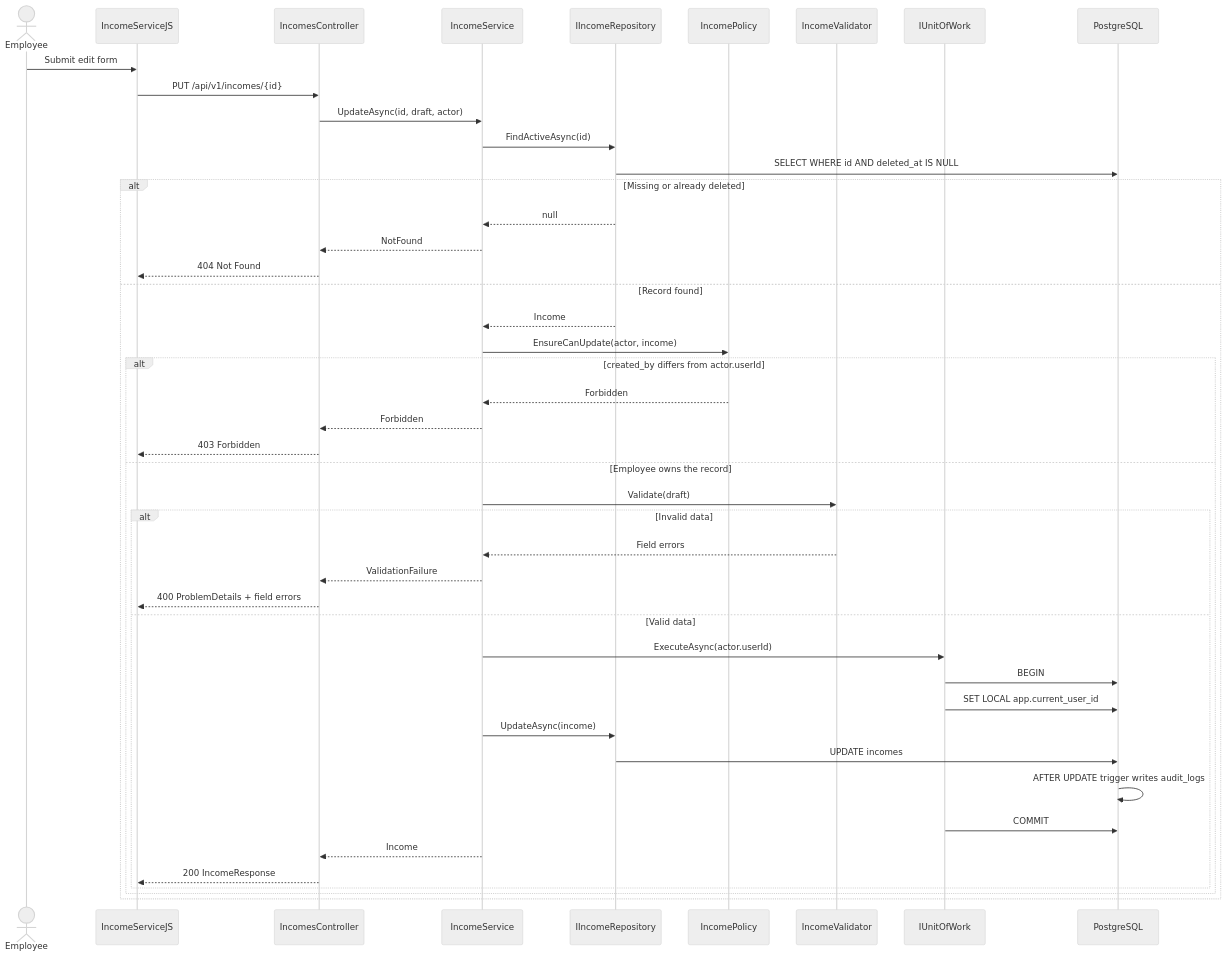
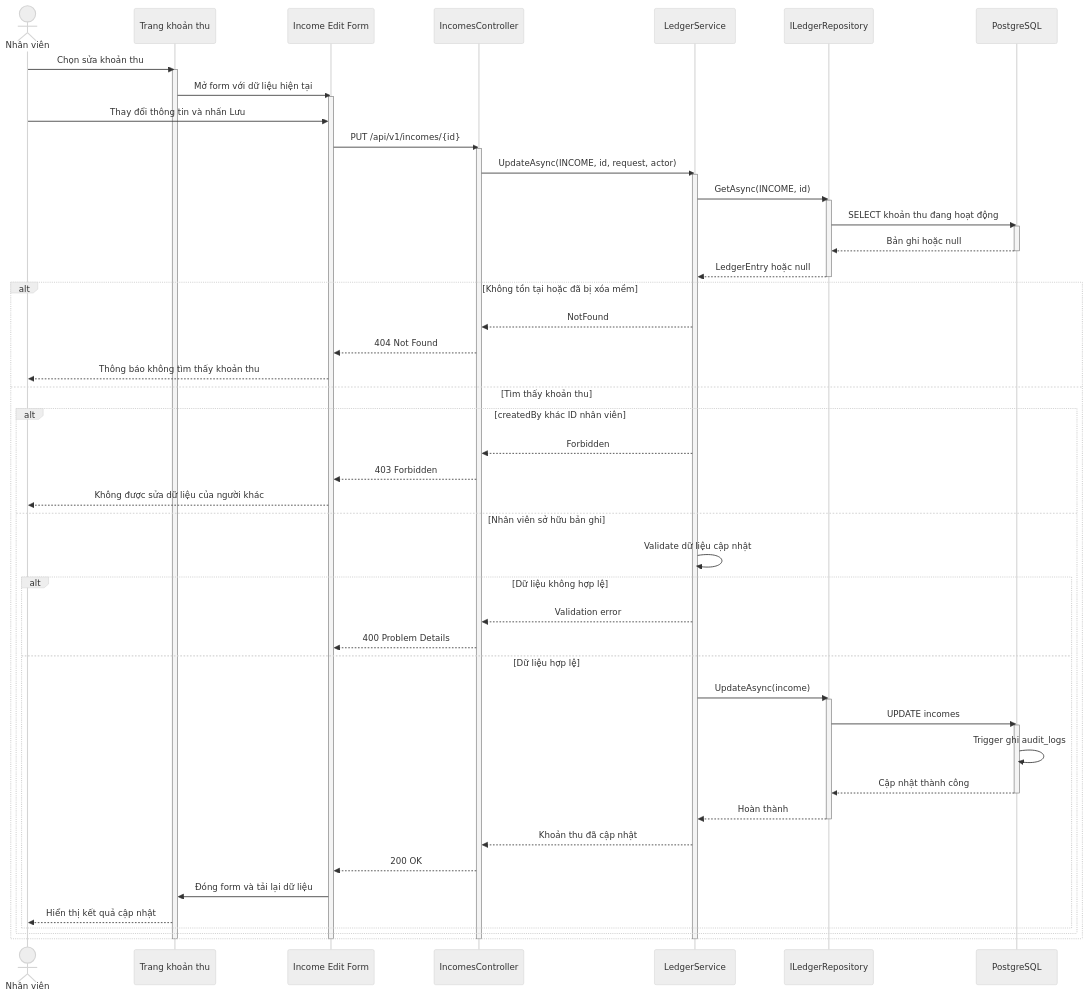
Before and after one commit to PhamHiep948/finance-manager: the third of 5 diagrams in docs/architecture/uml/02-sequence-diagrams.md, drawn with Mermaid (neutral theme). The commit also changed other lines of this file, not shown here.

Commit message:
Sua phan sequece diagram

````diff
--- a/docs/architecture/uml/02-sequence-diagrams.md
+++ b/docs/architecture/uml/02-sequence-diagrams.md
@@ -116,49 +151,64 @@
 ```mermaid
 sequenceDiagram
-    actor Employee as Employee
-    participant Web as IncomeServiceJS
-    participant Api as IncomesController
-    participant Service as IncomeService
-    participant Repo as IIncomeRepository
-    participant Policy as IncomePolicy
-    participant Validator as IncomeValidator
-    participant Uow as IUnitOfWork
-    participant Db as PostgreSQL
+    actor Employee as Nhân viên
+    participant Page as Trang khoản thu
+    participant Form as Income Edit Form
+    participant API as IncomesController
+    participant Service as LedgerService
+    participant Repo as ILedgerRepository
+    participant DB as PostgreSQL
 
-    Employee->>Web: Submit edit form
-    Web->>Api: PUT /api/v1/incomes/{id}
-    Api->>Service: UpdateAsync(id, draft, actor)
-    Service->>Repo: FindActiveAsync(id)
-    Repo->>Db: SELECT WHERE id AND deleted_at IS NULL
+    Employee->>Page: Chọn sửa khoản thu
+    activate Page
+    Page->>Form: Mở form với dữ liệu hiện tại
+    activate Form
+    Employee->>Form: Thay đổi thông tin và nhấn Lưu
+    Form->>API: PUT /api/v1/incomes/{id}
+    activate API
+    API->>Service: UpdateAsync(INCOME, id, request, actor)
+    activate Service
+    Service->>Repo: GetAsync(INCOME, id)
+    activate Repo
+    Repo->>DB: SELECT khoản thu đang hoạt động
+    activate DB
+    DB-->>Repo: Bản ghi hoặc null
+    deactivate DB
+    Repo-->>Service: LedgerEntry hoặc null
+    deactivate Repo
 
-    alt Missing or already deleted
-        Repo-->>Service: null
-        Service-->>Api: NotFound
-        Api-->>Web: 404 Not Found
-    else Record found
-        Repo-->>Service: Income
-        Service->>Policy: EnsureCanUpdate(actor, income)
-        alt created_by differs from actor.userId
-            Policy-->>Service: Forbidden
-            Service-->>Api: Forbidden
-            Api-->>Web: 403 Forbidden
-        else Employee owns the record
-            Service->>Validator: Validate(draft)
-            alt Invalid data
-                Validator-->>Service: Field errors
-                Service-->>Api: ValidationFailure
-                Api-->>Web: 400 ProblemDetails + field errors
-            else Valid data
-                Service->>Uow: ExecuteAsync(actor.userId)
-                Uow->>Db: BEGIN
-                Uow->>Db: SET LOCAL app.current_user_id
+    alt Không tồn tại hoặc đã bị xóa mềm
+        Service-->>API: NotFound
+        API-->>Form: 404 Not Found
+        Form-->>Employee: Thông báo không tìm thấy khoản thu
+    else Tìm thấy khoản thu
+        alt createdBy khác ID nhân viên
+            Service-->>API: Forbidden
+            API-->>Form: 403 Forbidden
+            Form-->>Employee: Không được sửa dữ liệu của người khác
+        else Nhân viên sở hữu bản ghi
+            Service->>Service: Validate dữ liệu cập nhật
+            alt Dữ liệu không hợp lệ
+                Service-->>API: Validation error
+                API-->>Form: 400 Problem Details
+            else Dữ liệu hợp lệ
                 Service->>Repo: UpdateAsync(income)
-                Repo->>Db: UPDATE incomes
-                Db->>Db: AFTER UPDATE trigger writes audit_logs
-                Uow->>Db: COMMIT
-                Service-->>Api: Income
-                Api-->>Web: 200 IncomeResponse
+                activate Repo
+                Repo->>DB: UPDATE incomes
+                activate DB
+                DB->>DB: Trigger ghi audit_logs
+                DB-->>Repo: Cập nhật thành công
+                deactivate DB
+                Repo-->>Service: Hoàn thành
+                deactivate Repo
+                Service-->>API: Khoản thu đã cập nhật
+                API-->>Form: 200 OK
+                Form->>Page: Đóng form và tải lại dữ liệu
+                Page-->>Employee: Hiển thị kết quả cập nhật
             end
         end
     end
+    deactivate Service
+    deactivate API
+    deactivate Form
+    deactivate Page
 ```
````
